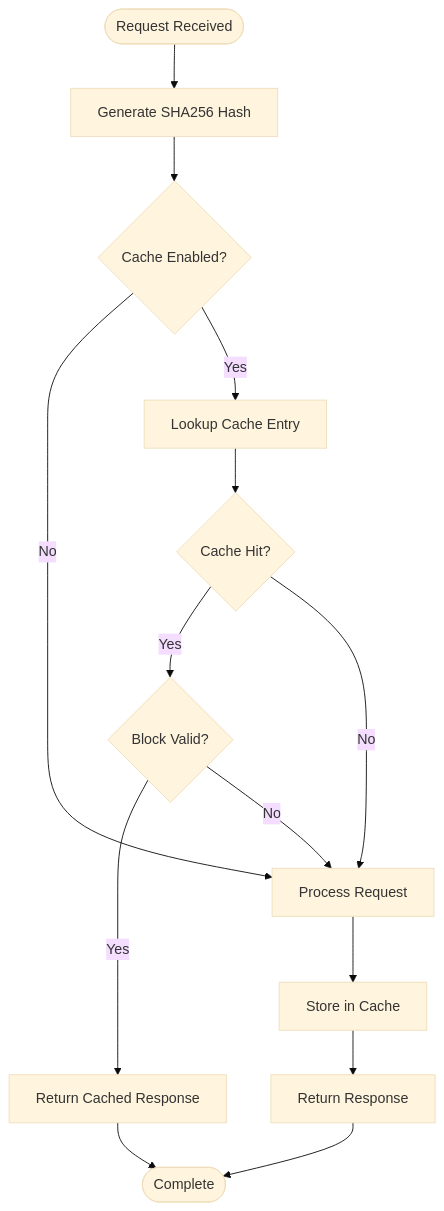
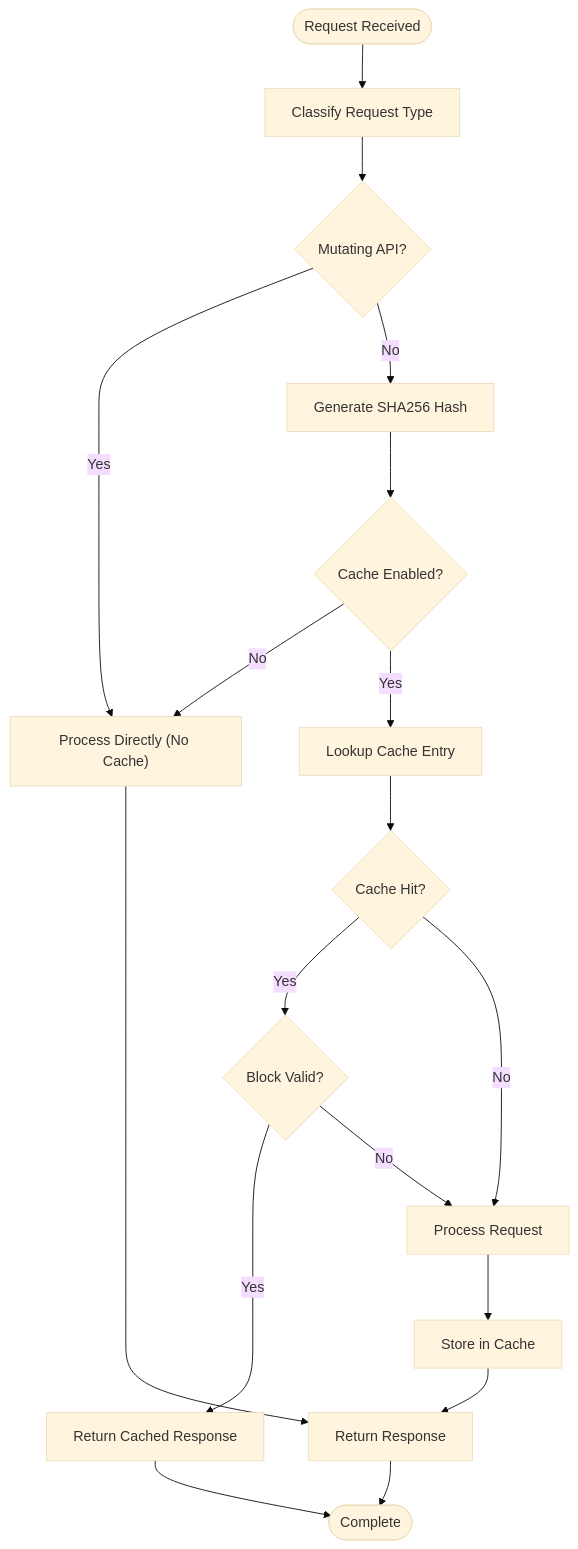
Before and after one commit to VIZ-Blockchain/viz-cpp-node: the fourth of 8 diagrams in .qoder/repowiki/en/content/Webserver Plugin.md, drawn with Mermaid (base theme). The commit also changed other lines of this file and 5 other files, not shown here.

````diff
--- a/.qoder/repowiki/en/content/Webserver Plugin.md
+++ b/.qoder/repowiki/en/content/Webserver Plugin.md
@@ -181,16 +196,20 @@
 ```mermaid
 flowchart TD
-Start([Request Received]) --> Hash["Generate SHA256 Hash"]
+Start([Request Received]) --> Classify["Classify Request Type"]
+Classify --> Mutating{"Mutating API?"}
+Mutating --> |Yes| ProcessDirect["Process Directly (No Cache)"]
+Mutating --> |No| Hash["Generate SHA256 Hash"]
 Hash --> CacheCheck{"Cache Enabled?"}
-CacheCheck --> |No| ProcessRequest["Process Request"]
+CacheCheck --> |No| ProcessDirect
 CacheCheck --> |Yes| LookupCache["Lookup Cache Entry"]
 LookupCache --> CacheHit{"Cache Hit?"}
 CacheHit --> |Yes| BlockCheck{"Block Valid?"}
-CacheHit --> |No| ProcessRequest
+CacheHit --> |No| ProcessRequest["Process Request"]
 BlockCheck --> |Yes| ReturnCached["Return Cached Response"]
 BlockCheck --> |No| ProcessRequest
 ProcessRequest --> StoreCache["Store in Cache"]
 StoreCache --> ReturnResponse["Return Response"]
+ProcessDirect --> ReturnResponse
 ReturnCached --> End([Complete])
 ReturnResponse --> End
 ```
````
